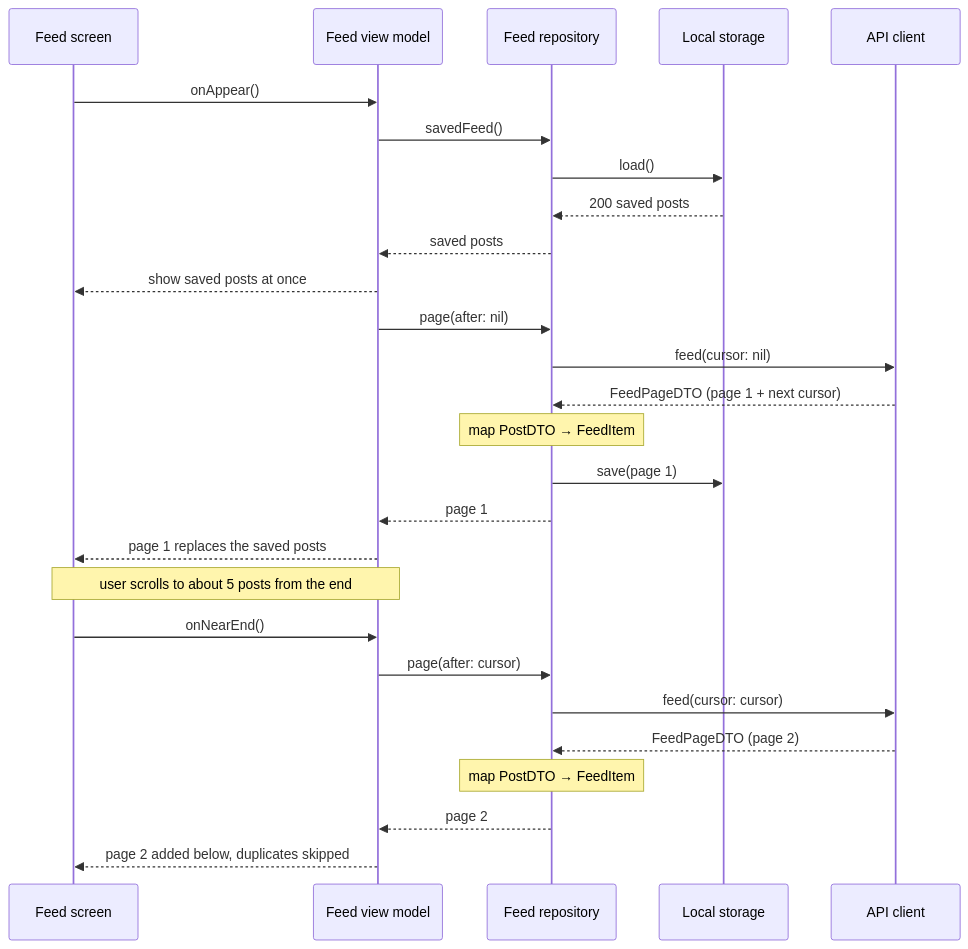
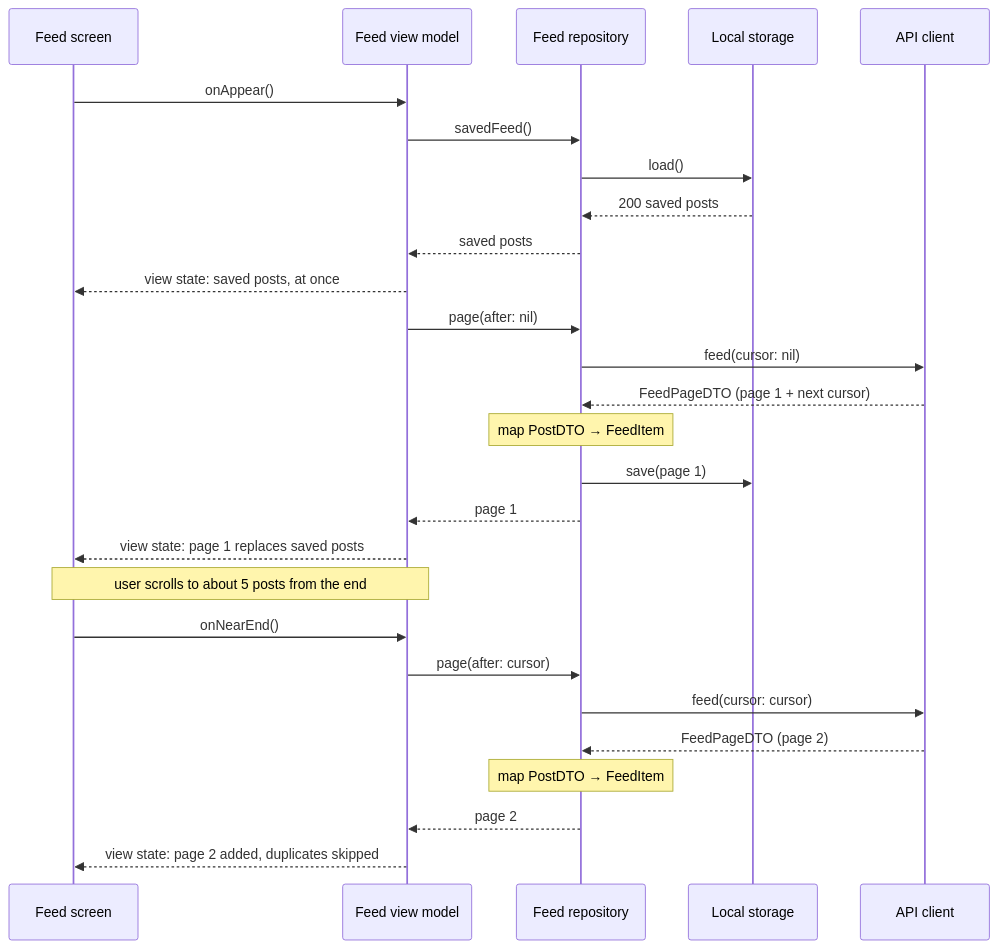
The second of 3 diagrams in topics/system-design/02-infinite-photo-feed.md (rezabina86/reference-desk), drawn with Mermaid before and after one commit. The commit also changed other lines of this file and 2 other files, not shown here.

````diff
--- a/topics/system-design/02-infinite-photo-feed.md
+++ b/topics/system-design/02-infinite-photo-feed.md
@@ -410,29 +431,29 @@
 ```mermaid
 sequenceDiagram
   participant V as Feed screen
   participant VM as Feed view model
   participant R as Feed repository
   participant S as Local storage
   participant A as API client
   V->>VM: onAppear()
   VM->>R: savedFeed()
   R->>S: load()
   S-->>R: 200 saved posts
   R-->>VM: saved posts
-  VM-->>V: show saved posts at once
+  VM-->>V: view state: saved posts, at once
   VM->>R: page(after: nil)
   R->>A: feed(cursor: nil)
   A-->>R: FeedPageDTO (page 1 + next cursor)
   Note over R: map PostDTO → FeedItem
   R->>S: save(page 1)
   R-->>VM: page 1
-  VM-->>V: page 1 replaces the saved posts
+  VM-->>V: view state: page 1 replaces saved posts
   Note over V,VM: user scrolls to about 5 posts from the end
   V->>VM: onNearEnd()
   VM->>R: page(after: cursor)
   R->>A: feed(cursor: cursor)
   A-->>R: FeedPageDTO (page 2)
   Note over R: map PostDTO → FeedItem
   R-->>VM: page 2
-  VM-->>V: page 2 added below, duplicates skipped
+  VM-->>V: view state: page 2 added, duplicates skipped
 ```
````
